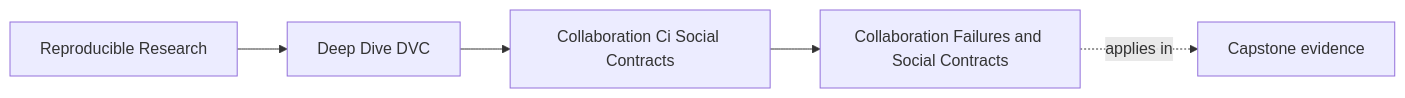
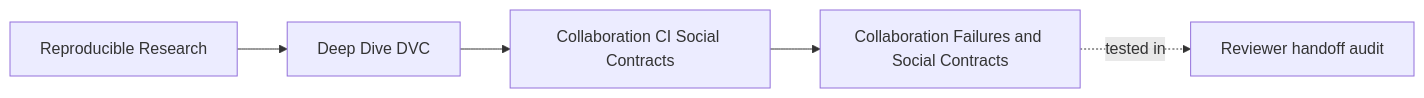
The first of 4 diagrams in programs/reproducible-research/deep-dive-dvc/course-book/module-07-collaboration-ci-social-contracts/collaboration-failures-and-social-contracts.md (bijux/bijux-masterclass), drawn with Mermaid before and after one commit. The commit also changed other lines of this file, not shown here.

Commit message:
docs(dvc): define collaboration through clean handoffs

````diff
--- a/programs/reproducible-research/deep-dive-dvc/course-book/module-07-collaboration-ci-social-contracts/collaboration-failures-and-social-contracts.md
+++ b/programs/reproducible-research/deep-dive-dvc/course-book/module-07-collaboration-ci-social-contracts/collaboration-failures-and-social-contracts.md
@@ -7,11 +6,11 @@
 ```mermaid
 graph LR
   family["Reproducible Research"]
   program["Deep Dive DVC"]
-  section["Collaboration Ci Social Contracts"]
+  section["Collaboration CI Social Contracts"]
   page["Collaboration Failures and Social Contracts"]
-  capstone["Capstone evidence"]
+  capstone["Reviewer handoff audit"]
 
   family --> program --> section --> page
-  page -.applies in.-> capstone
+  page -.tested in.-> capstone
 ```
````
